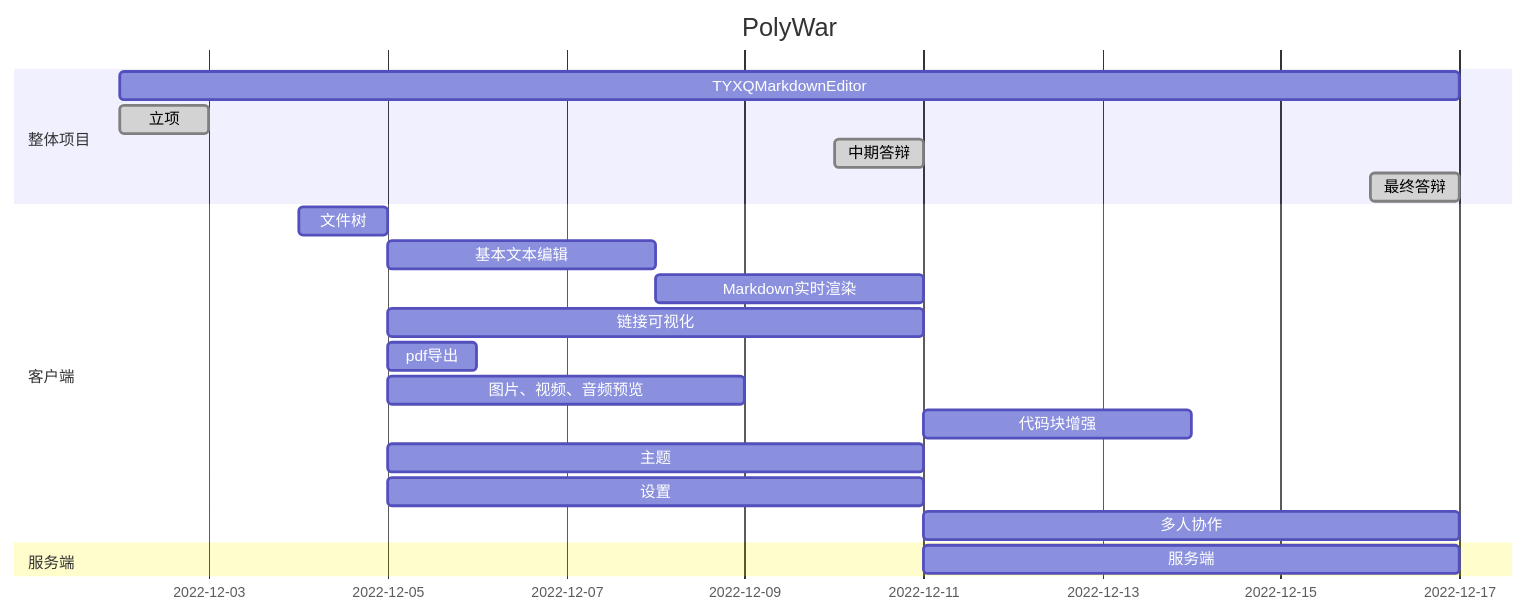
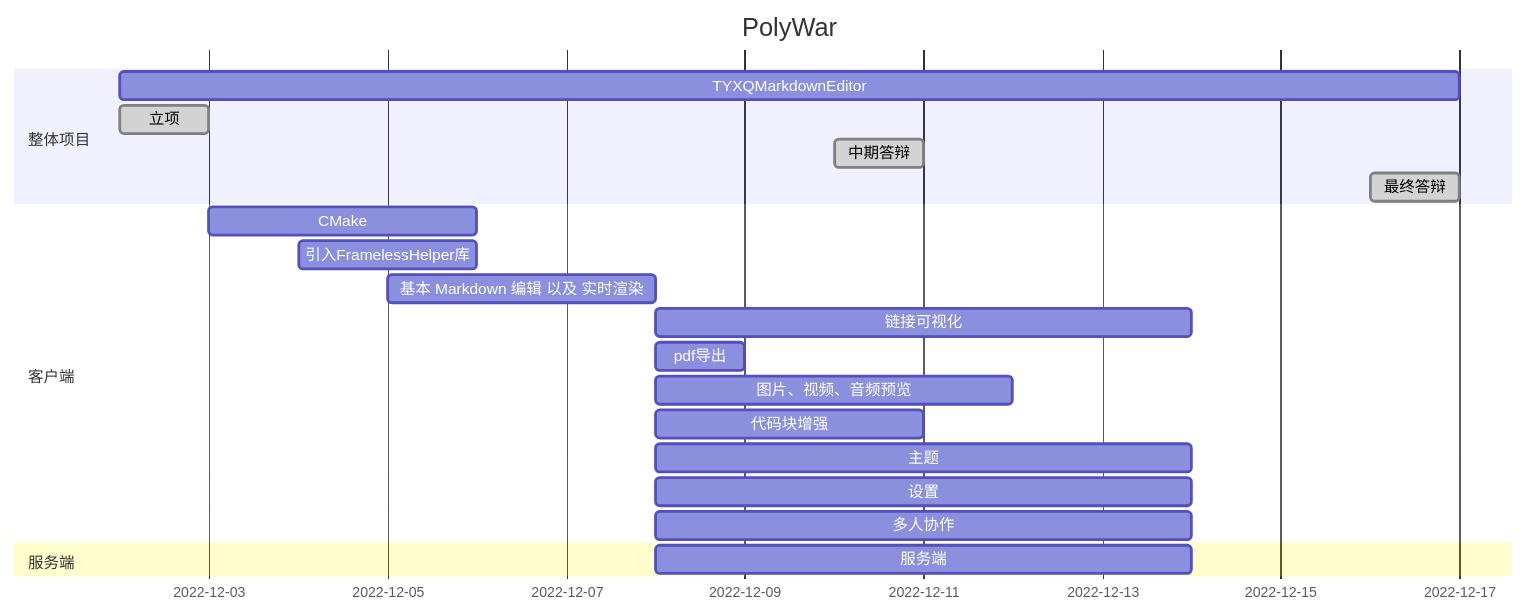
The second of 2 diagrams in Draft.md (TYXQ-Studio/TYXQMarkdownEditor), drawn with Mermaid before and after one commit. The commit also changed other lines of this file and 1 other file, not shown here.

````diff
--- a/Draft.md
+++ b/Draft.md
@@ -32,24 +32,24 @@
 ```mermaid
 gantt
     title PolyWar
     dateFormat  YYYY-MM-DD
     section 整体项目
     TYXQMarkdownEditor								   :2022-12-02, 2022-12-17
     立项           									 :done, a1, 2022-12-02, 1d
     中期答辩      									   :done, a2, 2022-12-10, 1d
     最终答辩      									   :done, a3, 2022-12-16, 1d
     section 客户端
-    文件树                                             :file_tree, 2022-12-04, 1d
-    基本文本编辑                                       :basic, after file_tree, 3d
-    Markdown实时渲染                                   :render, after basic, 3d
-    链接可视化                                         :visual_link, after file_tree, 6d
-    pdf导出                                            :after file_tree, 1d
-    图片、视频、音频预览                               :after file_tree, 4d
+    CMake                                              :cmake, 2022-12-03, 2022-12-06
+    引入FramelessHelper库                              :frameless, 2022-12-04, 2022-12-06
+    基本 Markdown 编辑 以及 实时渲染                   :basic, 2022-12-05, 3d
+    链接可视化                                         :visual_link, after basic, 6d
+    pdf导出                                            :after basic, 1d
+    图片、视频、音频预览                               :after basic, 4d
     代码块增强                                         :after render, 3d
-    主题                                               :after file_tree, 6d
-    设置                                               :after file_tree, 6d
+    主题                                               :after basic, 6d
+    设置                                               :after basic, 6d
     多人协作                                           :after render, 6d
     section 服务端
     服务端                                             :after render, 6d
     section 功能类
 ```
````
